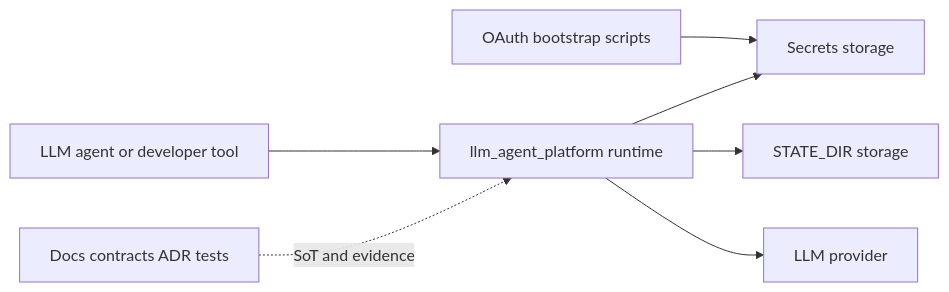
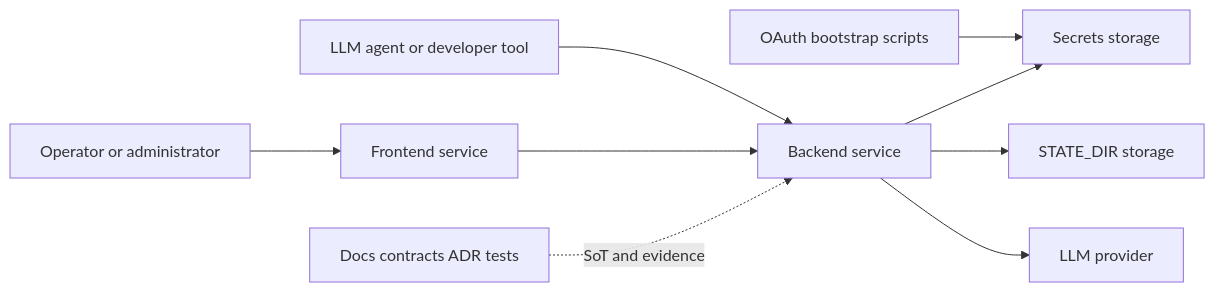
Before and after one commit to cyber-platform/llm_agent_platform: the diagram in docs/architecture/system-overview.md, drawn with Mermaid. The commit also changed other lines of this file and 27 other files, not shown here.

````diff
--- a/docs/architecture/system-overview.md
+++ b/docs/architecture/system-overview.md
@@ -35,9 +38,11 @@
 ```mermaid
 flowchart LR
-  Client[LLM agent or developer tool] --> App[llm_agent_platform runtime]
+  Human[Operator or administrator] --> Frontend[Frontend service]
+  Machine[LLM agent or developer tool] --> Backend[Backend service]
+  Frontend --> Backend
   OAuth[OAuth bootstrap scripts] --> Secrets[Secrets storage]
-  App --> Secrets
-  App --> State[STATE_DIR storage]
-  App --> Provider[LLM provider]
-  Docs[Docs contracts ADR tests] -. SoT and evidence .-> App
+  Backend --> Secrets
+  Backend --> State[STATE_DIR storage]
+  Backend --> Provider[LLM provider]
+  Docs[Docs contracts ADR tests] -. SoT and evidence .-> Backend
 ```
````
